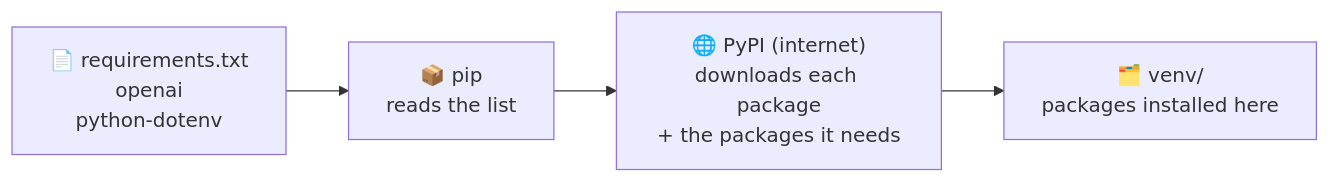
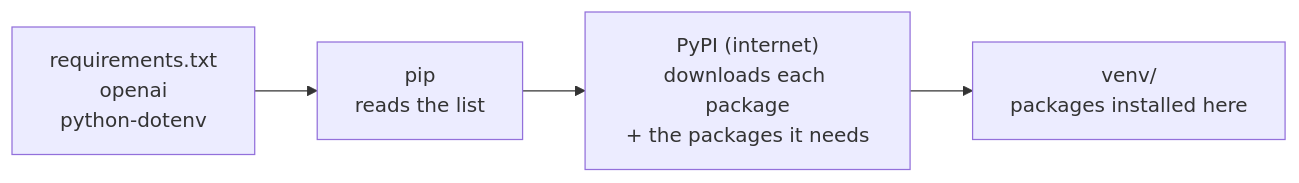
Before and after one commit to anandgaur22/ai-agent-python-demo: diagram 12 of 36 in README.md, drawn with Mermaid. The commit also changed other lines of this file, not shown here.

Commit message:
AI agent demo in Python with Ollama, Gemini and Groq

````diff
--- a/README.md
+++ b/README.md
@@ -608,4 +606,4 @@
 ```mermaid
 flowchart LR
-  R["📄 requirements.txt<br/>openai<br/>python-dotenv"] --> P["📦 pip<br/>reads the list"] --> I["🌐 PyPI (internet)<br/>downloads each package<br/>+ the packages it needs"] --> V["🗂️ venv/<br/>packages installed here"]
+  R["requirements.txt<br/>openai<br/>python-dotenv"] --> P["pip<br/>reads the list"] --> I["PyPI (internet)<br/>downloads each package<br/>+ the packages it needs"] --> V["venv/<br/>packages installed here"]
 ```
````
